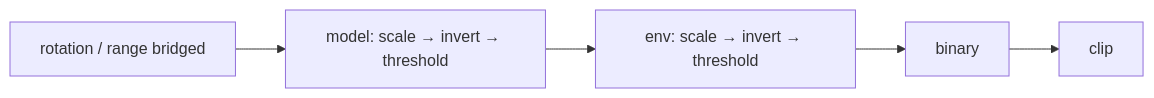
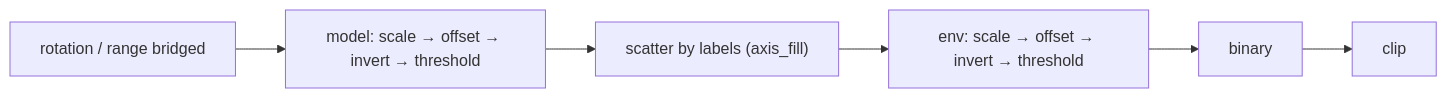
Before and after one commit to ArenaX-Labs/rlmesh: the diagram in docs/user-guide/adapters/reference.md, drawn with Mermaid. The commit also changed other lines of this file and 56 other files, not shown here.

Commit message:
feat(adapters): axis labels, per-axis affine and the shipped embodiment profiles

````diff
--- a/docs/user-guide/adapters/reference.md
+++ b/docs/user-guide/adapters/reference.md
@@ -414,7 +483,8 @@
 ```{mermaid}
 flowchart LR
-  a["rotation / range bridged"] --> b["model: scale → invert → threshold"]
-  b --> c["env: scale → invert → threshold"]
+  a["rotation / range bridged"] --> b["model: scale → offset → invert → threshold"]
+  b --> s["scatter by labels (axis_fill)"]
+  s --> c["env: scale → offset → invert → threshold"]
   c --> d["binary"]
   d --> e["clip"]
 ```
````
